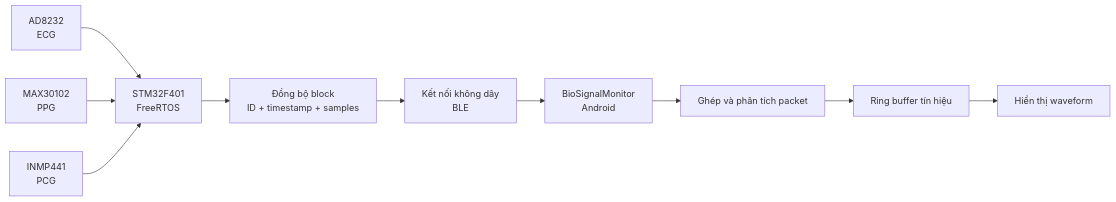
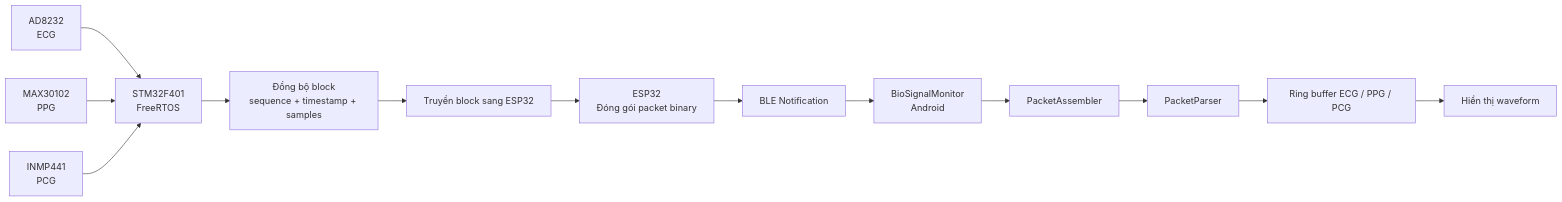
The first of 2 diagrams in README.md (khanhnguyendang224440/BioSignalMonitor), drawn with Mermaid before and after one commit. The commit also changed other lines of this file, not shown here.

````diff
--- a/README.md
+++ b/README.md
@@ -67,13 +147,16 @@
 ```mermaid
 flowchart LR
     ECG[AD8232\nECG] --> STM32[STM32F401\nFreeRTOS]
     PPG[MAX30102\nPPG] --> STM32
     PCG[INMP441\nPCG] --> STM32
 
-    STM32 --> SYNC[Đồng bộ block\nID + timestamp + samples]
-    SYNC --> LINK[Kết nối không dây\nBLE]
-    LINK --> APP[BioSignalMonitor\nAndroid]
-    APP --> PARSER[Ghép và phân tích packet]
-    PARSER --> BUFFER[Ring buffer tín hiệu]
+    STM32 --> SYNC[Đồng bộ block\nsequence + timestamp + samples]
+    SYNC --> TRANSFER[Truyền block sang ESP32]
+    TRANSFER --> ESP32[ESP32\nĐóng gói packet binary]
+    ESP32 --> BLE[BLE Notification]
+    BLE --> APP[BioSignalMonitor\nAndroid]
+    APP --> ASSEMBLER[PacketAssembler]
+    ASSEMBLER --> PARSER[PacketParser]
+    PARSER --> BUFFER[Ring buffer ECG / PPG / PCG]
     BUFFER --> UI[Hiển thị waveform]
 ```
````
